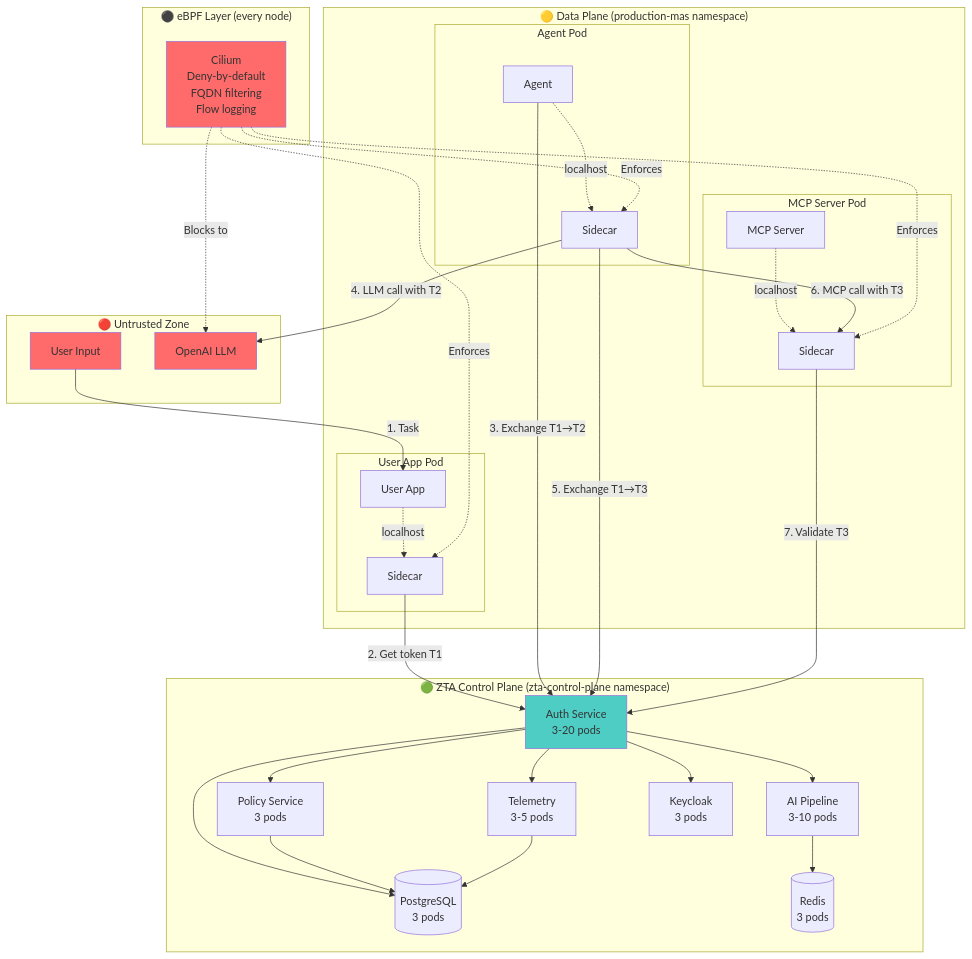
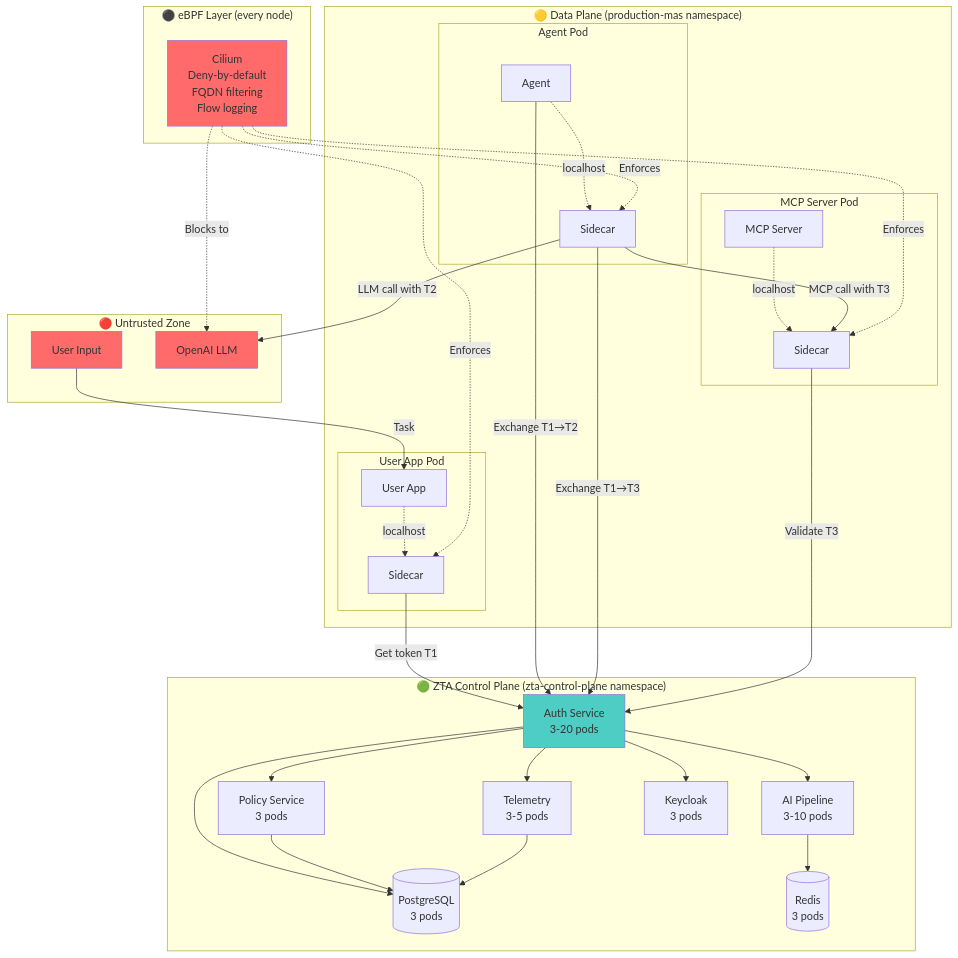
The first of 3 diagrams in contrib/wip/it1/SPECS_HIGH_LEVEL.md (outshift-open/CASA), drawn with Mermaid before and after one commit.

````diff
--- a/contrib/wip/it1/SPECS_HIGH_LEVEL.md
+++ b/contrib/wip/it1/SPECS_HIGH_LEVEL.md
@@ -36,68 +36,68 @@
 ```mermaid
 graph TB
     subgraph "🔴 Untrusted Zone"
         USER[User Input]
         LLM[OpenAI LLM]
     end
 
     subgraph "🟢 ZTA Control Plane (zta-control-plane namespace)"
         AUTH[Auth Service<br/>3-20 pods]
         POLICY[Policy Service<br/>3 pods]
         AI[AI Pipeline<br/>3-10 pods]
         TELEM[Telemetry<br/>3-5 pods]
         KC[Keycloak<br/>3 pods]
         PG[(PostgreSQL<br/>3 pods)]
         REDIS[(Redis<br/>3 pods)]
 
         AUTH --> KC
         AUTH --> POLICY
         AUTH --> AI
         AUTH --> TELEM
         AUTH --> PG
         POLICY --> PG
         AI --> REDIS
         TELEM --> PG
     end
 
     subgraph "🟡 Data Plane (production-mas namespace)"
         subgraph "User App Pod"
             UA[User App]
             UAS[Sidecar]
             UA -.->|localhost| UAS
         end
 
         subgraph "Agent Pod"
             AG[Agent]
             AGS[Sidecar]
             AG -.->|localhost| AGS
         end
 
         subgraph "MCP Server Pod"
             MCP[MCP Server]
             MCPS[Sidecar]
             MCP -.->|localhost| MCPS
         end
     end
 
     subgraph "⚫ eBPF Layer (every node)"
         CILIUM[Cilium<br/>Deny-by-default<br/>FQDN filtering<br/>Flow logging]
     end
 
-    USER -->|1. Task| UA
-    UAS -->|2. Get token T1| AUTH
-    AG -->|3. Exchange T1→T2| AUTH
-    AGS -->|4. LLM call with T2| LLM
-    AGS -->|5. Exchange T1→T3| AUTH
-    AGS -->|6. MCP call with T3| MCPS
-    MCPS -->|7. Validate T3| AUTH
+    USER -->|Task| UA
+    UAS -->|Get token T1| AUTH
+    AG -->|Exchange T1→T2| AUTH
+    AGS -->|LLM call with T2| LLM
+    AGS -->|Exchange T1→T3| AUTH
+    AGS -->|MCP call with T3| MCPS
+    MCPS -->|Validate T3| AUTH
 
     CILIUM -.->|Enforces| UAS
     CILIUM -.->|Enforces| AGS
     CILIUM -.->|Enforces| MCPS
     CILIUM -.->|Blocks to| LLM
 
     style USER fill:#ff6b6b
     style LLM fill:#ff6b6b
     style AUTH fill:#4ecdc4
     style CILIUM fill:#ff6b6b
 ```
````
